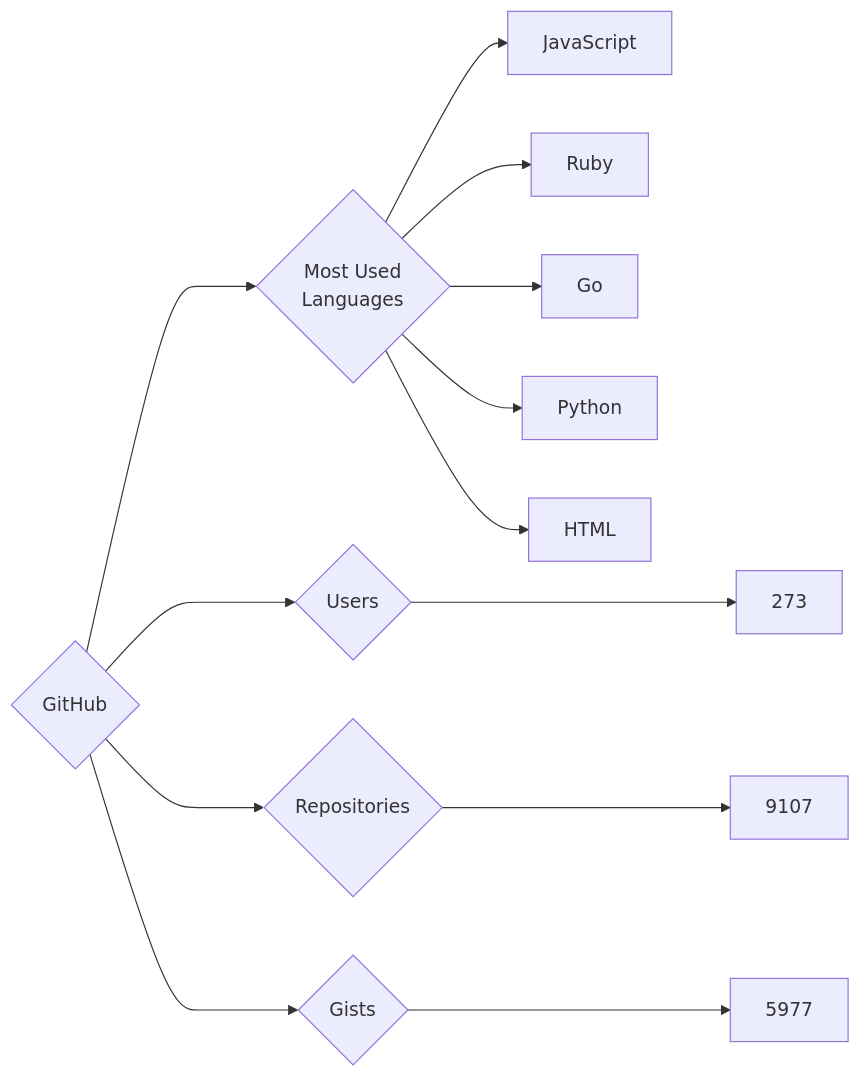
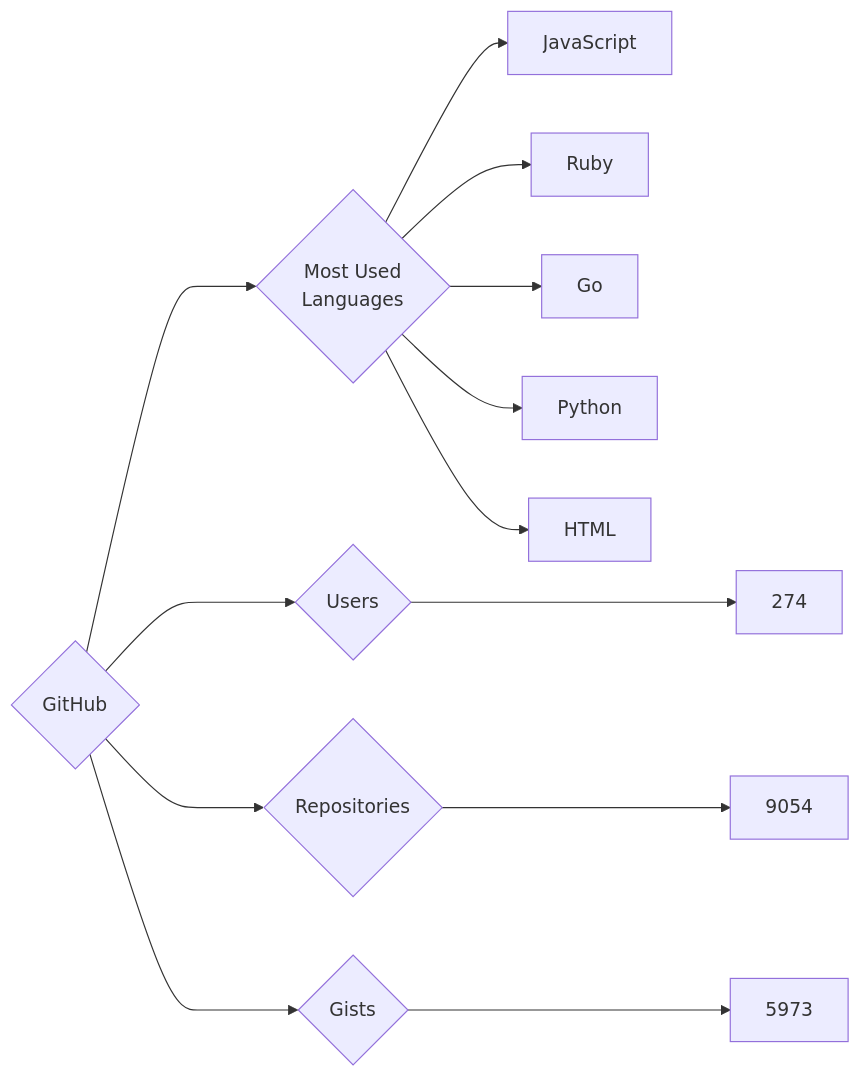
One commit to trickest/insiders changed the diagram in targets/GitHub/README.md. Above: the diagram before and after it, drawn with Mermaid. The commit also changed 1238 other files, not shown here.

````diff
--- a/targets/GitHub/README.md
+++ b/targets/GitHub/README.md
@@ -3,13 +3,13 @@
 ```mermaid
 graph LR
 COMPANY_NAME{GitHub}
-COMPANY_NAME ---> U{Users} ---> UN[273]
-COMPANY_NAME ---> R{Repositories} ---> RN[9107]
-COMPANY_NAME ---> G{Gists} ---> GN[5977]
+COMPANY_NAME ---> U{Users} ---> UN[274]
+COMPANY_NAME ---> R{Repositories} ---> RN[9054]
+COMPANY_NAME ---> G{Gists} ---> GN[5973]
 COMPANY_NAME ---> ML{Most Used<br>Languages}
 ML --> JavaScript[JavaScript]
 ML --> Ruby[Ruby]
 ML --> Go[Go]
 ML --> Python[Python]
 ML --> HTML[HTML]
 ```
````
